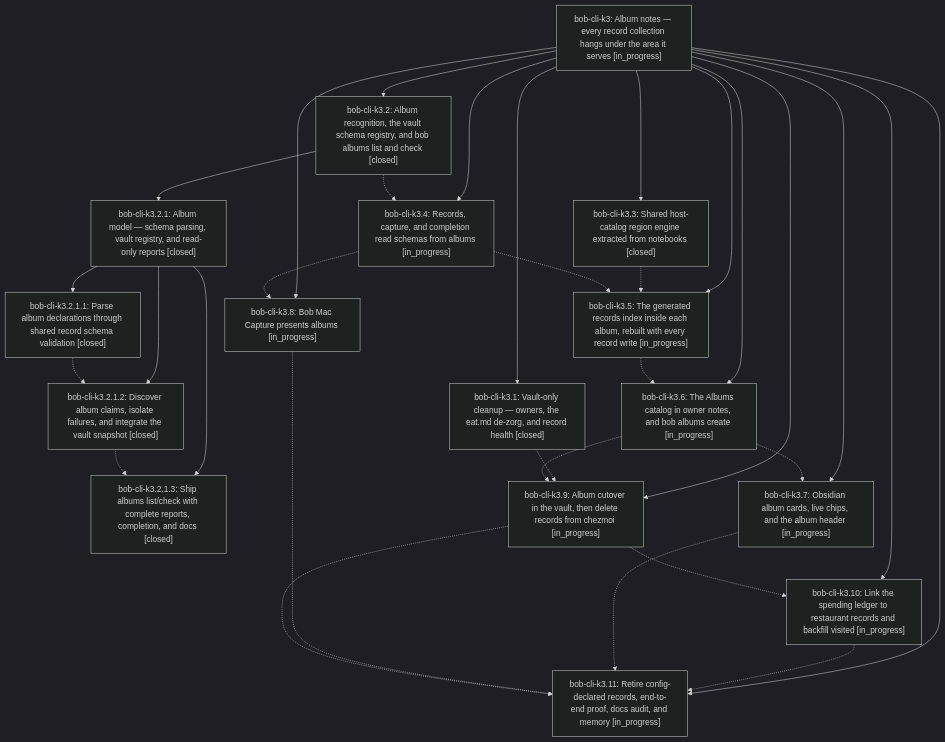
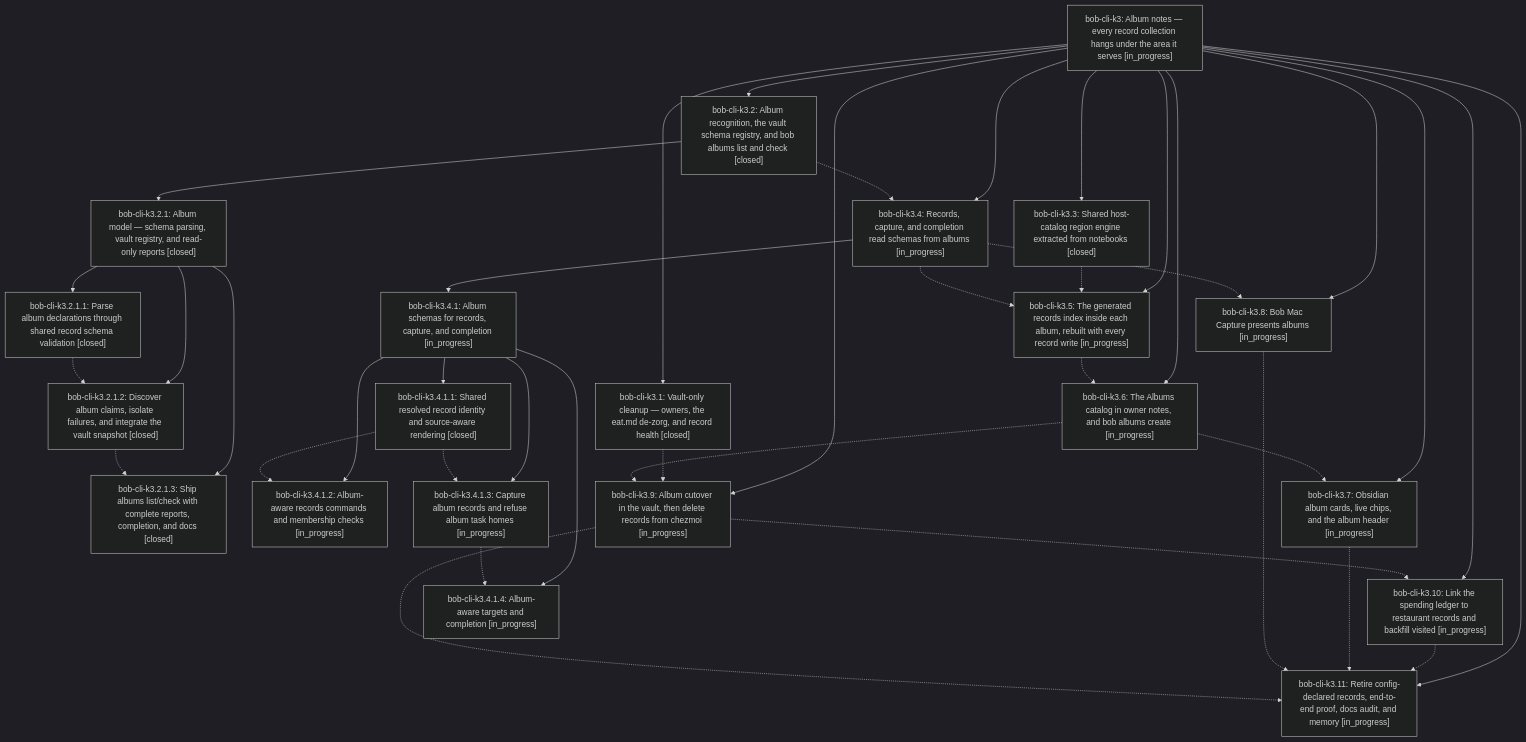
One commit to bobs-org/bob-cli--beads changed the diagram in pages/bob-cli-k3/README.md. Above: the diagram before and after it, drawn with Mermaid (dark theme). The commit also changed other lines of this file and 6 other files, not shown here.

First line of the commit message:
chore(beads): sync bead state and pages for bob-cli-k3

````diff
--- a/pages/bob-cli-k3/README.md
+++ b/pages/bob-cli-k3/README.md
@@ -44,49 +44,62 @@
 ```mermaid
 flowchart TD
     n0["bob-cli-k3: Album notes — every record collection hangs under the area it serves [in_progress]"]
     n1["bob-cli-k3.1: Vault-only cleanup — owners, the eat.md de-zorg, and record health [closed]"]
     n2["bob-cli-k3.10: Link the spending ledger to restaurant records and backfill visited [in_progress]"]
     n3["bob-cli-k3.11: Retire config-declared records, end-to-end proof, docs audit, and memory [in_progress]"]
     n4["bob-cli-k3.2: Album recognition, the vault schema registry, and bob albums list and check [closed]"]
     n5["bob-cli-k3.2.1: Album model — schema parsing, vault registry, and read-only reports [closed]"]
     n6["bob-cli-k3.2.1.1: Parse album declarations through shared record schema validation [closed]"]
     n7["bob-cli-k3.2.1.2: Discover album claims, isolate failures, and integrate the vault snapshot [closed]"]
     n8["bob-cli-k3.2.1.3: Ship albums list/check with complete reports, completion, and docs [closed]"]
     n9["bob-cli-k3.3: Shared host-catalog region engine extracted from notebooks [closed]"]
     n10["bob-cli-k3.4: Records, capture, and completion read schemas from albums [in_progress]"]
-    n11["bob-cli-k3.5: The generated records index inside each album, rebuilt with every record write [in_progress]"]
-    n12["bob-cli-k3.6: The Albums catalog in owner notes, and bob albums create [in_progress]"]
-    n13["bob-cli-k3.7: Obsidian album cards, live chips, and the album header [in_progress]"]
-    n14["bob-cli-k3.8: Bob Mac Capture presents albums [in_progress]"]
-    n15["bob-cli-k3.9: Album cutover in the vault, then delete records from chezmoi [in_progress]"]
+    n11["bob-cli-k3.4.1: Album schemas for records, capture, and completion [in_progress]"]
+    n12["bob-cli-k3.4.1.1: Shared resolved record identity and source-aware rendering [closed]"]
+    n13["bob-cli-k3.4.1.2: Album-aware records commands and membership checks [in_progress]"]
+    n14["bob-cli-k3.4.1.3: Capture album records and refuse album task homes [in_progress]"]
+    n15["bob-cli-k3.4.1.4: Album-aware targets and completion [in_progress]"]
+    n16["bob-cli-k3.5: The generated records index inside each album, rebuilt with every record write [in_progress]"]
+    n17["bob-cli-k3.6: The Albums catalog in owner notes, and bob albums create [in_progress]"]
+    n18["bob-cli-k3.7: Obsidian album cards, live chips, and the album header [in_progress]"]
+    n19["bob-cli-k3.8: Bob Mac Capture presents albums [in_progress]"]
+    n20["bob-cli-k3.9: Album cutover in the vault, then delete records from chezmoi [in_progress]"]
     n0 --> n1
     n0 --> n2
     n0 --> n3
     n0 --> n4
     n4 --> n5
     n5 --> n6
     n5 --> n7
     n5 --> n8
     n0 --> n9
     n0 --> n10
-    n0 --> n11
-    n0 --> n12
-    n0 --> n13
-    n0 --> n14
-    n0 --> n15
-    n1 -.-> n15
+    n10 --> n11
+    n11 --> n12
+    n11 --> n13
+    n11 --> n14
+    n11 --> n15
+    n0 --> n16
+    n0 --> n17
+    n0 --> n18
+    n0 --> n19
+    n0 --> n20
+    n1 -.-> n20
     n2 -.-> n3
     n4 -.-> n10
     n6 -.-> n7
     n7 -.-> n8
-    n9 -.-> n11
-    n10 -.-> n11
-    n10 -.-> n14
-    n11 -.-> n12
+    n9 -.-> n16
+    n10 -.-> n16
+    n10 -.-> n19
     n12 -.-> n13
-    n12 -.-> n15
-    n13 -.-> n3
-    n14 -.-> n3
-    n15 -.-> n2
-    n15 -.-> n3
+    n12 -.-> n14
+    n14 -.-> n15
+    n16 -.-> n17
+    n17 -.-> n18
+    n17 -.-> n20
+    n18 -.-> n3
+    n19 -.-> n3
+    n20 -.-> n2
+    n20 -.-> n3
 ```
````
